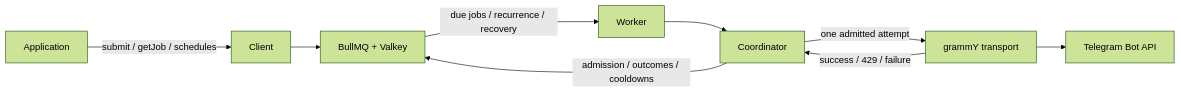
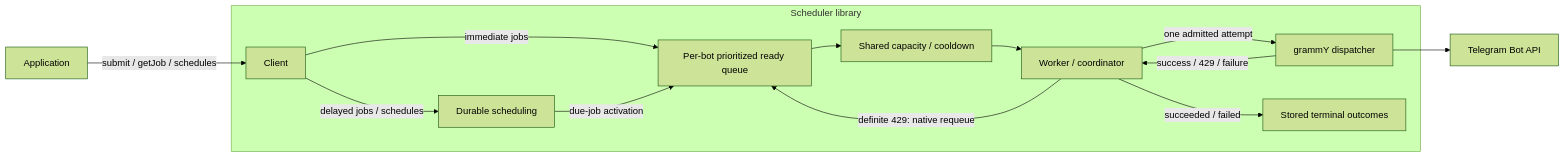
One commit to KnightNiwrem/tg-scheduler changed the diagram in docs/library-overview.md. Above: the diagram before and after it, drawn with Mermaid (forest theme). The commit also changed other lines of this file and 35 other files, not shown here.

````diff
--- a/docs/library-overview.md
+++ b/docs/library-overview.md
@@ -23,11 +24,16 @@
 ```mermaid
 flowchart LR
+  subgraph Library[Scheduler library]
+    Client[Client] -->|immediate jobs| Ready[Per-bot prioritized ready queue]
+    Client -->|delayed jobs / schedules| Scheduling[Durable scheduling]
+    Scheduling -->|due-job activation| Ready
+    Ready --> Admission[Shared capacity / cooldown]
+    Admission --> Worker[Worker / coordinator]
+    Worker -->|one admitted attempt| Transport[grammY dispatcher]
+    Transport -->|success / 429 / failure| Worker
+    Worker -->|definite 429: native requeue| Ready
+    Worker -->|succeeded / failed| Outcomes[Stored terminal outcomes]
+  end
   Application -->|submit / getJob / schedules| Client
-  Client --> Backend["BullMQ + Valkey"]
-  Backend -->|due jobs / recurrence / recovery| Worker
-  Worker --> Coordinator
-  Coordinator -->|admission / outcomes / cooldowns| Backend
-  Coordinator -->|one admitted attempt| Transport[grammY transport]
   Transport --> Telegram[Telegram Bot API]
-  Transport -->|success / 429 / failure| Coordinator
 ```
````
